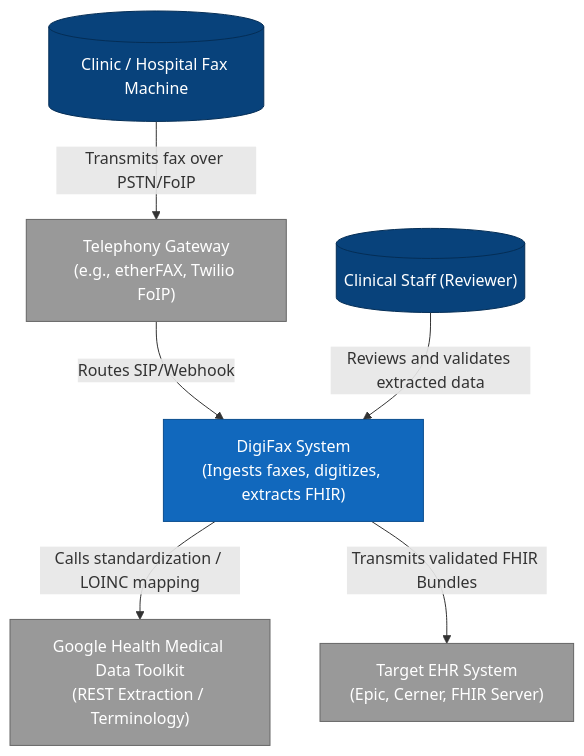
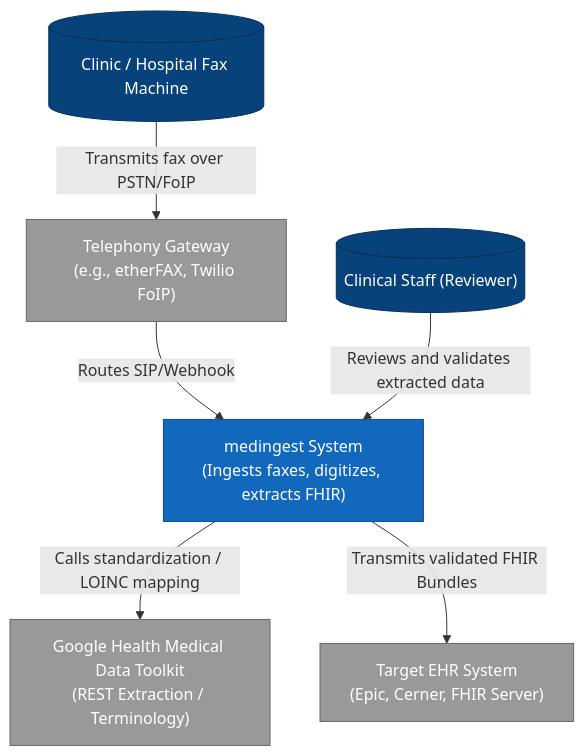
One commit to OpenHealthAgents/DigiFax changed the third of 7 diagrams in docs/architecture.md. Above: the diagram before and after it, drawn with Mermaid. The commit also changed other lines of this file and 391 other files, not shown here.

````diff
--- a/docs/architecture.md
+++ b/docs/architecture.md
@@ -199,25 +199,25 @@
 ```mermaid
 graph TD
     classDef person fill:#08427B,stroke:#052E56,color:#fff;
     classDef system fill:#1168BD,stroke:#0B4E8F,color:#fff;
     classDef extSystem fill:#999,stroke:#666,color:#fff;
 
     ClinicSender[("Clinic / Hospital Fax Machine")]:::person
     StaffReviewer[("Clinical Staff (Reviewer)")]:::person
 
-    DigiFax["DigiFax System\n(Ingests faxes, digitizes, extracts FHIR)"]:::system
+    medingest["medingest System\n(Ingests faxes, digitizes, extracts FHIR)"]:::system
 
     TwilioGateway["Telephony Gateway\n(e.g., etherFAX, Twilio FoIP)"]:::extSystem
     MdtContainer["Google Health Medical Data Toolkit\n(REST Extraction / Terminology)"]:::extSystem
     EhrSystem["Target EHR System\n(Epic, Cerner, FHIR Server)"]:::extSystem
 
     ClinicSender -- Transmits fax over PSTN/FoIP --> TwilioGateway
-    TwilioGateway -- Routes SIP/Webhook --> DigiFax
-    StaffReviewer -- Reviews and validates extracted data --> DigiFax
-    DigiFax -- Calls standardization / LOINC mapping --> MdtContainer
-    DigiFax -- Transmits validated FHIR Bundles --> EhrSystem
+    TwilioGateway -- Routes SIP/Webhook --> medingest
+    StaffReviewer -- Reviews and validates extracted data --> medingest
+    medingest -- Calls standardization / LOINC mapping --> MdtContainer
+    medingest -- Transmits validated FHIR Bundles --> EhrSystem
 
     class ClinicSender,StaffReviewer person;
-    class DigiFax system;
+    class medingest system;
     class TwilioGateway,MdtContainer,EhrSystem extSystem;
 ```
````
